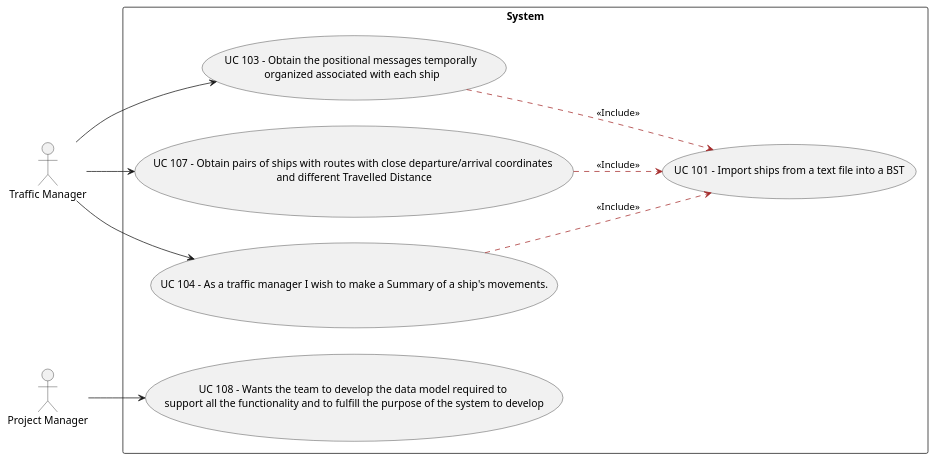
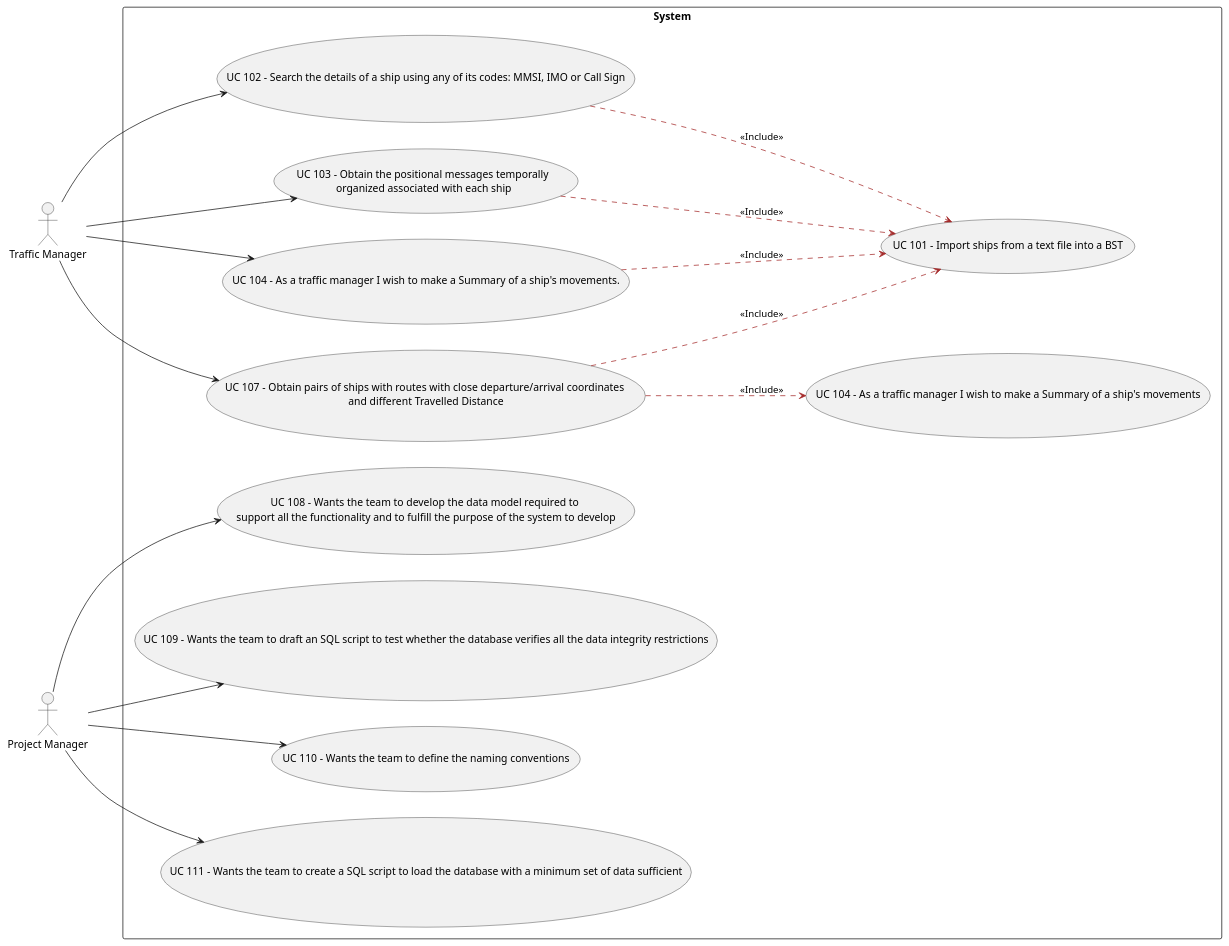
One commit to ana-albergaria/LAPR3-ISEP changed the diagram in docs/Use Case Diagram.puml. Above: the diagram before and after it, drawn with PlantUML.

Commit message:
Use Case Diagram

```diff
--- a/docs/Use Case Diagram.puml
+++ b/docs/Use Case Diagram.puml
@@ -1,18 +1,24 @@
 @startuml
 
 left to right direction
 skinparam packageStyle rectangle
 actor "Traffic Manager" as TM
 actor "Project Manager" as PM
 
 rectangle System {
+(UC 102 - Search the details of a ship using any of its codes: MMSI, IMO or Call Sign) --> (UC 101 - Import ships from a text file into a BST) #brown;line.dashed;text:black : <<Include>>
 (UC 103 - Obtain the positional messages temporally \norganized associated with each ship) --> (UC 101 - Import ships from a text file into a BST) #brown;line.dashed;text:black : <<Include>>
+(UC 104 - As a traffic manager I wish to make a Summary of a ship's movements.) --> (UC 101 - Import ships from a text file into a BST) #brown;line.dashed;text:black : <<Include>>
 (UC 107 - Obtain pairs of ships with routes with close departure/arrival coordinates \nand different Travelled Distance) --> (UC 101 - Import ships from a text file into a BST) #brown;line.dashed;text:black : <<Include>>
-(UC 104 - As a traffic manager I wish to make a Summary of a ship's movements.) --> (UC 101 - Import ships from a text file into a BST) #brown;line.dashed;text:black : <<Include>>
+(UC 107 - Obtain pairs of ships with routes with close departure/arrival coordinates \nand different Travelled Distance) --> (UC 104 - As a traffic manager I wish to make a Summary of a ship's movements) #brown;line.dashed;text:black : <<Include>>
 TM --> (UC 103 - Obtain the positional messages temporally \norganized associated with each ship)
 TM --> (UC 107 - Obtain pairs of ships with routes with close departure/arrival coordinates \nand different Travelled Distance)
 TM --> (UC 104 - As a traffic manager I wish to make a Summary of a ship's movements.)
+TM --> (UC 102 - Search the details of a ship using any of its codes: MMSI, IMO or Call Sign)
 PM --> (UC 108 - Wants the team to develop the data model required to \nsupport all the functionality and to fulfill the purpose of the system to develop)
+PM --> (UC 109 - Wants the team to draft an SQL script to test whether the database verifies all the data integrity restrictions)
+PM --> (UC 110 - Wants the team to define the naming conventions)
+PM --> (UC 111 - Wants the team to create a SQL script to load the database with a minimum set of data sufficient)
 }
 
 @enduml
```
